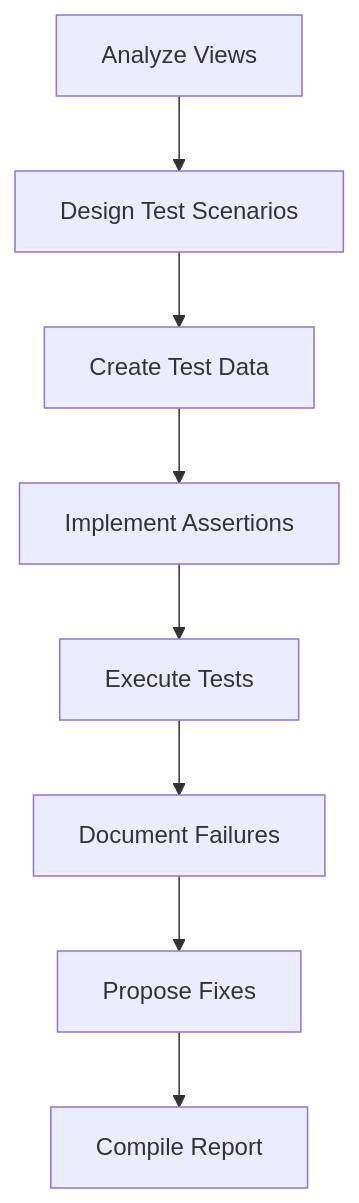
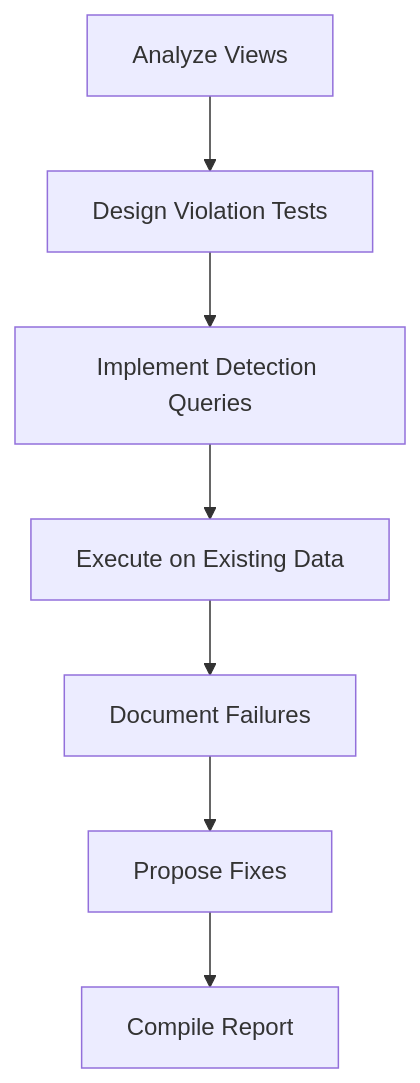
One commit to eugenetbergmann/symmetrical-umbrella changed the diagram in plans/testing_plan.md. Above: the diagram before and after it, drawn with Mermaid. The commit also changed other lines of this file and 4 other files, not shown here.

First line of the commit message:
Revise unit testing to use existing data instead of synthetic inserts

````diff
--- a/plans/testing_plan.md
+++ b/plans/testing_plan.md
@@ -25,10 +26,9 @@
 ```mermaid
 graph TD
-    A[Analyze Views] --> B[Design Test Scenarios]
-    B --> C[Create Test Data]
-    C --> D[Implement Assertions]
-    D --> E[Execute Tests]
-    E --> F[Document Failures]
-    F --> G[Propose Fixes]
-    G --> H[Compile Report]
+    A[Analyze Views] --> B[Design Violation Tests]
+    B --> C[Implement Detection Queries]
+    C --> D[Execute on Existing Data]
+    D --> E[Document Failures]
+    E --> F[Propose Fixes]
+    F --> G[Compile Report]
 ```
````
